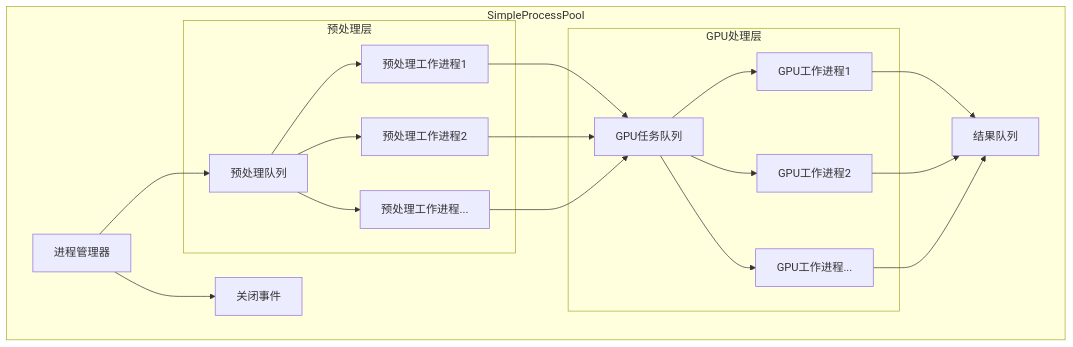
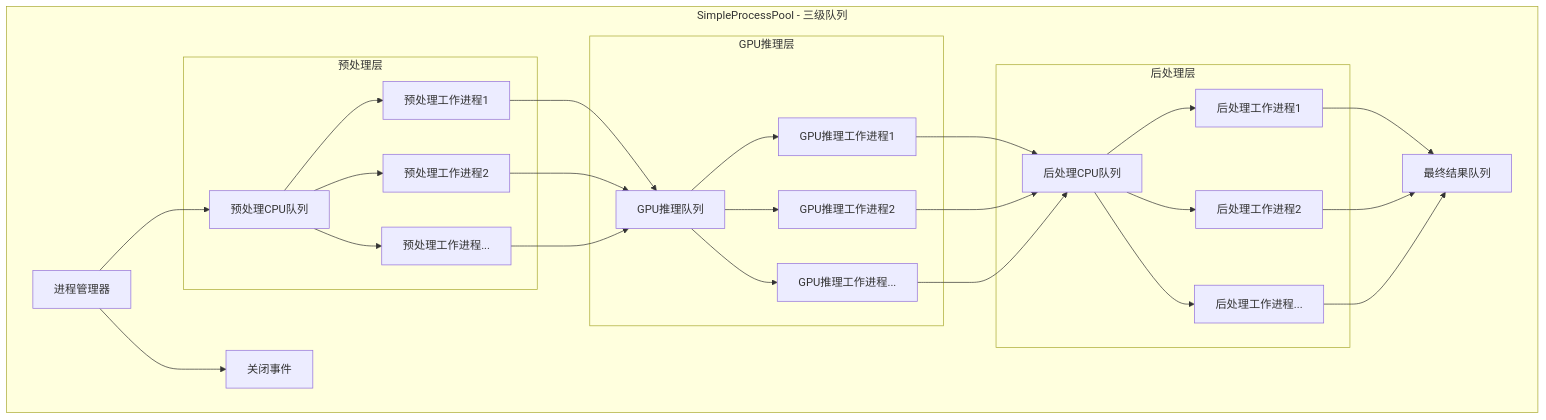
The fourth of 9 diagrams in arch.md (chukonu-team/MinerU-merge), drawn with Mermaid before and after one commit. The commit also changed other lines of this file and 2 other files, not shown here.

````diff
--- a/arch.md
+++ b/arch.md
@@ -107,38 +120,51 @@
 ```mermaid
 graph TB
-    subgraph "SimpleProcessPool"
+    subgraph "SimpleProcessPool - 三级队列"
         PM[进程管理器]
 
         subgraph "预处理层"
-            PQ[预处理队列]
+            PQ[预处理CPU队列]
             PW1[预处理工作进程1]
             PW2[预处理工作进程2]
             PW3[预处理工作进程...]
         end
 
-        subgraph "GPU处理层"
-            GQ[GPU任务队列]
-            GW1[GPU工作进程1]
-            GW2[GPU工作进程2]
-            GW3[GPU工作进程...]
+        subgraph "GPU推理层"
+            GQ[GPU推理队列]
+            GW1[GPU推理工作进程1]
+            GW2[GPU推理工作进程2]
+            GW3[GPU推理工作进程...]
         end
 
-        RQ[结果队列]
+        subgraph "后处理层"
+            PPQ[后处理CPU队列]
+            PPW1[后处理工作进程1]
+            PPW2[后处理工作进程2]
+            PPW3[后处理工作进程...]
+        end
+
+        RQ[最终结果队列]
         SE[关闭事件]
 
         PM --> PQ
         PQ --> PW1
         PQ --> PW2
         PQ --> PW3
         PW1 --> GQ
         PW2 --> GQ
         PW3 --> GQ
         GQ --> GW1
         GQ --> GW2
         GQ --> GW3
-        GW1 --> RQ
-        GW2 --> RQ
-        GW3 --> RQ
+        GW1 --> PPQ
+        GW2 --> PPQ
+        GW3 --> PPQ
+        PPQ --> PPW1
+        PPQ --> PPW2
+        PPQ --> PPW3
+        PPW1 --> RQ
+        PPW2 --> RQ
+        PPW3 --> RQ
         PM --> SE
     end
 ```
````
